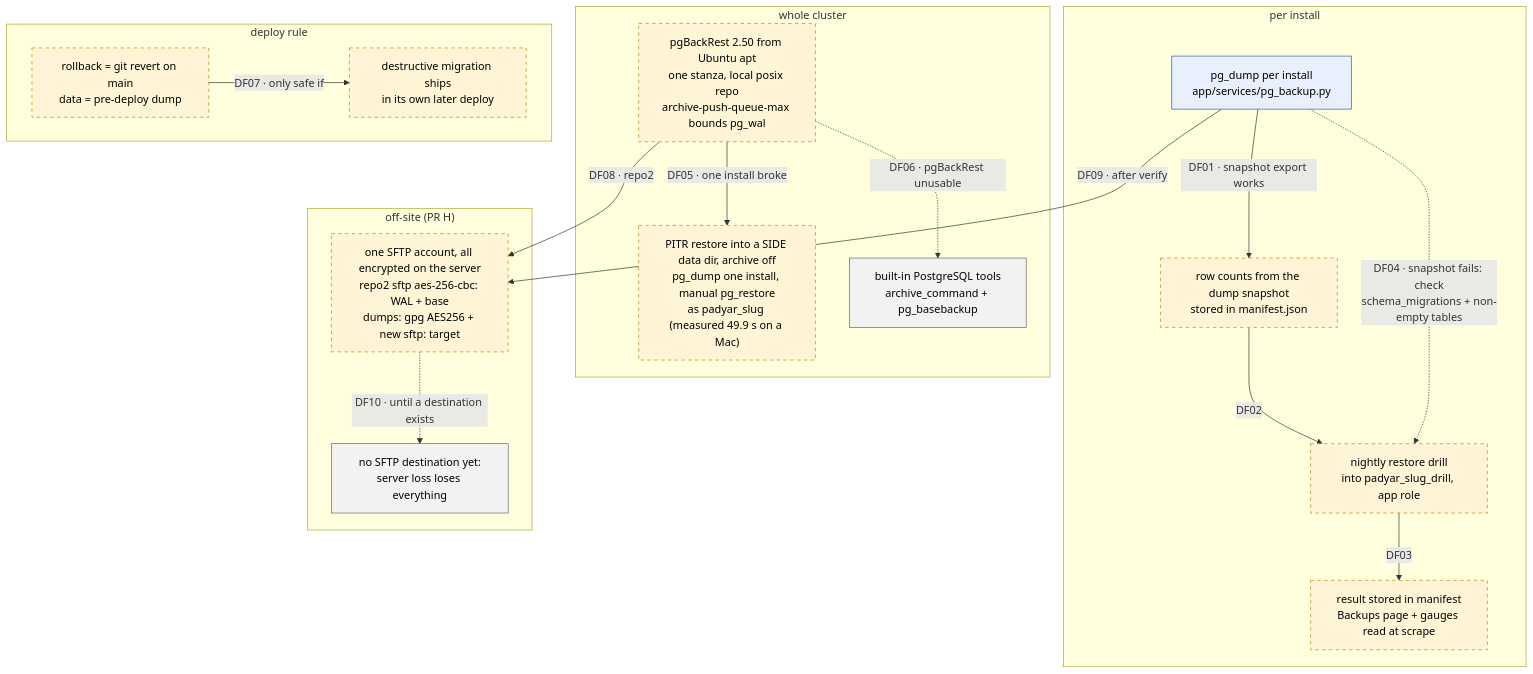
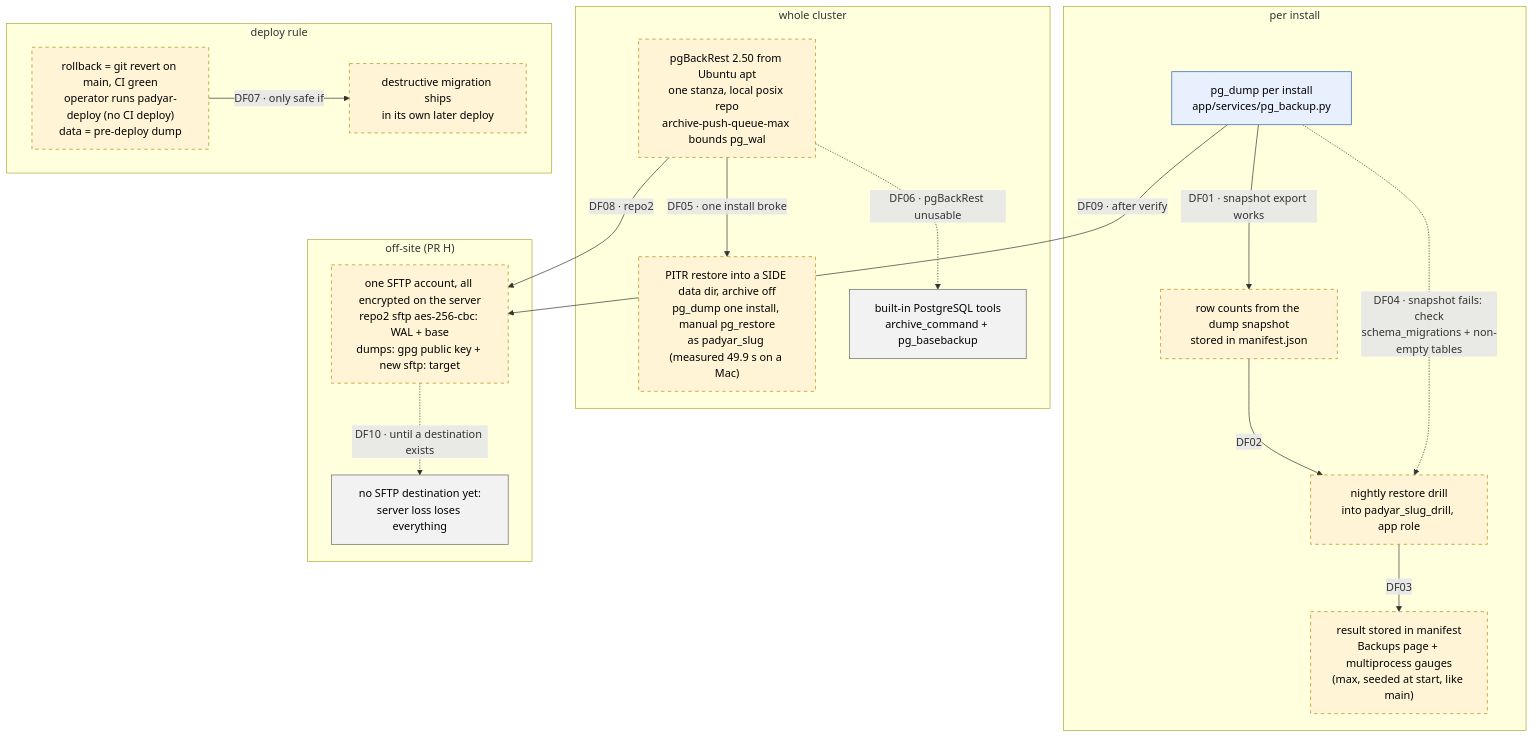
The diagram in docs/features/db-maturity/RESEARCH.md (Kohandezh/PadyarAIChatBot), drawn with Mermaid before and after one commit. The commit also changed other lines of this file and 3 other files, not shown here.

````diff
--- a/docs/features/db-maturity/RESEARCH.md
+++ b/docs/features/db-maturity/RESEARCH.md
@@ -641,43 +685,43 @@
 ```mermaid
 flowchart TB
     classDef proposed fill:#fff4d6,stroke:#b8860b,stroke-dasharray:5 5,color:#000
     classDef shipped fill:#e8f0fe,stroke:#2d5ca7,color:#000
     classDef fallback fill:#f2f2f2,stroke:#666,color:#000
 
     subgraph INST["per install"]
         DUMP["pg_dump per install<br/>app/services/pg_backup.py"]:::shipped
         SNAP["row counts from the dump snapshot<br/>stored in manifest.json"]:::proposed
         DRILL["nightly restore drill<br/>into padyar_slug_drill, app role"]:::proposed
-        SHOW["result stored in manifest<br/>Backups page + gauges read at scrape"]:::proposed
+        SHOW["result stored in manifest<br/>Backups page + multiprocess gauges<br/>(max, seeded at start, like main)"]:::proposed
     end
 
     subgraph CLU["whole cluster"]
         PITR["pgBackRest 2.50 from Ubuntu apt<br/>one stanza, local posix repo<br/>archive-push-queue-max bounds pg_wal"]:::proposed
         SIDE["PITR restore into a SIDE data dir, archive off<br/>pg_dump one install, manual pg_restore<br/>as padyar_slug (measured 49.9 s on a Mac)"]:::proposed
         FB["built-in PostgreSQL tools<br/>archive_command + pg_basebackup"]:::fallback
     end
 
     subgraph OFFG["off-site (PR H)"]
-        OFF["one SFTP account, all encrypted on the server<br/>repo2 sftp aes-256-cbc: WAL + base<br/>dumps: gpg AES256 + new sftp: target"]:::proposed
+        OFF["one SFTP account, all encrypted on the server<br/>repo2 sftp aes-256-cbc: WAL + base<br/>dumps: gpg public key + new sftp: target"]:::proposed
         NOOFF["no SFTP destination yet:<br/>server loss loses everything"]:::fallback
     end
 
     subgraph DEP["deploy rule"]
-        ROLL["rollback = git revert on main<br/>data = pre-deploy dump"]:::proposed
+        ROLL["rollback = git revert on main, CI green<br/>operator runs padyar-deploy (no CI deploy)<br/>data = pre-deploy dump"]:::proposed
         EC["destructive migration ships<br/>in its own later deploy"]:::proposed
     end
 
     DUMP -->|"DF01 · snapshot export works"| SNAP
     SNAP -->|"DF02"| DRILL
     DRILL -->|"DF03"| SHOW
     DUMP -.->|"DF04 · snapshot fails: check<br/>schema_migrations + non-empty tables"| DRILL
 
     PITR -->|"DF05 · one install broke"| SIDE
     PITR -.->|"DF06 · pgBackRest unusable"| FB
 
     PITR -->|"DF08 · repo2"| OFF
     DUMP -->|"DF09 · after verify"| OFF
     OFF -.->|"DF10 · until a destination exists"| NOOFF
 
     ROLL -->|"DF07 · only safe if"| EC
 ```
````
